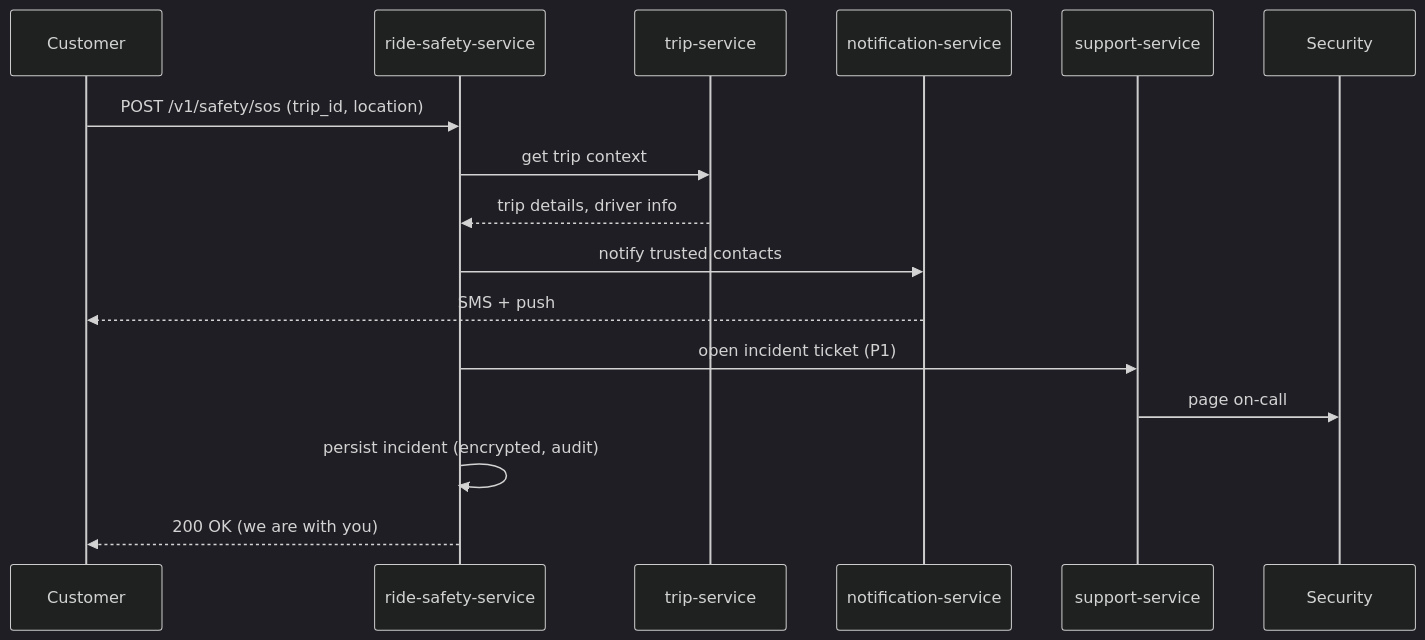
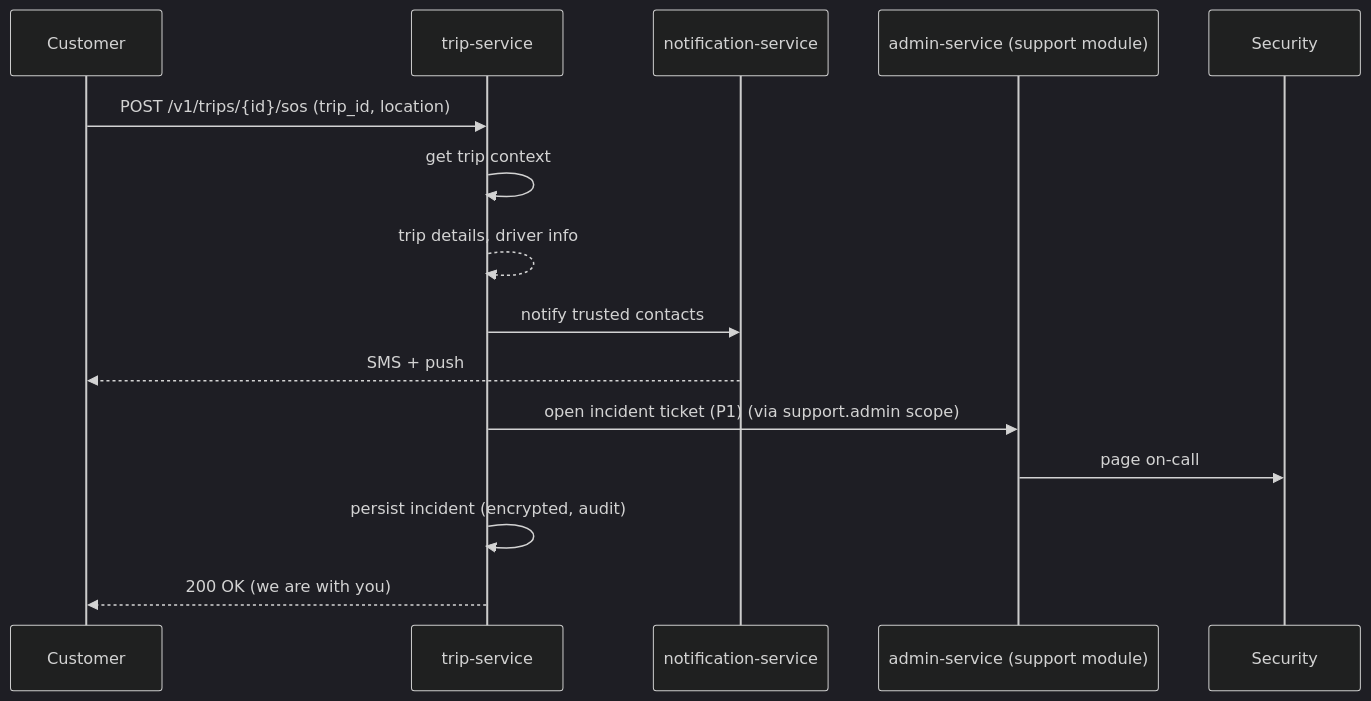
Diagram 12 of 14 in docs/workflows/RIDE_WORKFLOWS.md (mohamedhabibwork/trips-enjoy-docs), drawn with Mermaid (dark theme) before and after one commit. The commit also changed other lines of this file and 525 other files, not shown here.

````diff
--- a/docs/workflows/RIDE_WORKFLOWS.md
+++ b/docs/workflows/RIDE_WORKFLOWS.md
@@ -303,19 +294,18 @@
 ```mermaid
 sequenceDiagram
     participant C as Customer
-    participant RS as ride-safety-service
     participant TR as trip-service
     participant NOT as notification-service
-    participant SUP as support-service
+    participant ADM as admin-service (support module)
     participant SEC as Security
 
-    C->>RS: POST /v1/safety/sos (trip_id, location)
-    RS->>TR: get trip context
-    TR-->>RS: trip details, driver info
-    RS->>NOT: notify trusted contacts
+    C->>TR: POST /v1/trips/{id}/sos (trip_id, location)
+    TR->>TR: get trip context
+    TR-->>TR: trip details, driver info
+    TR->>NOT: notify trusted contacts
     NOT-->>C: SMS + push
-    RS->>SUP: open incident ticket (P1)
-    SUP->>SEC: page on-call
-    RS->>RS: persist incident (encrypted, audit)
-    RS-->>C: 200 OK (we are with you)
+    TR->>ADM: open incident ticket (P1) (via support.admin scope)
+    ADM->>SEC: page on-call
+    TR->>TR: persist incident (encrypted, audit)
+    TR-->>C: 200 OK (we are with you)
 ```
````
